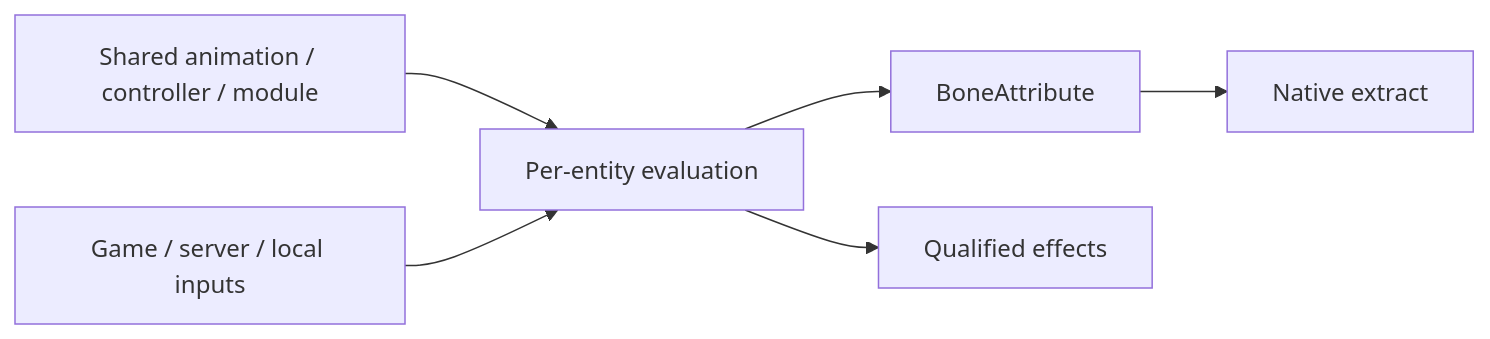
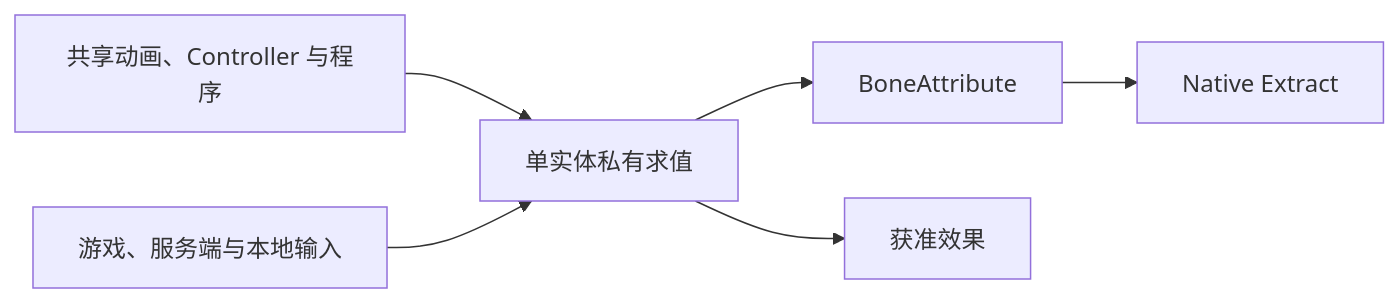
The diagram in docs/architecture/animation/overview.md (YesSteveModel/YesSteveModel), drawn with Mermaid before and after one commit. The commit also changed other lines of this file and 1109 other files, not shown here.

````diff
--- a/docs/architecture/animation/overview.md
+++ b/docs/architecture/animation/overview.md
@@ -9,8 +9,8 @@
 ```mermaid
 flowchart LR
-    Model["Shared animation / controller / module"] --> Eval["Per-entity evaluation"]
-    Input["Game / server / local inputs"] --> Eval
+    Model["共享动画、Controller 与程序"] --> Eval["单实体私有求值"]
+    Input["游戏、服务端与本地输入"] --> Eval
     Eval --> Pose["BoneAttribute"]
-    Eval --> Effects["Qualified effects"]
-    Pose --> Extract["Native extract"]
+    Eval --> Effects["获准效果"]
+    Pose --> Extract["Native Extract"]
 ```
````
